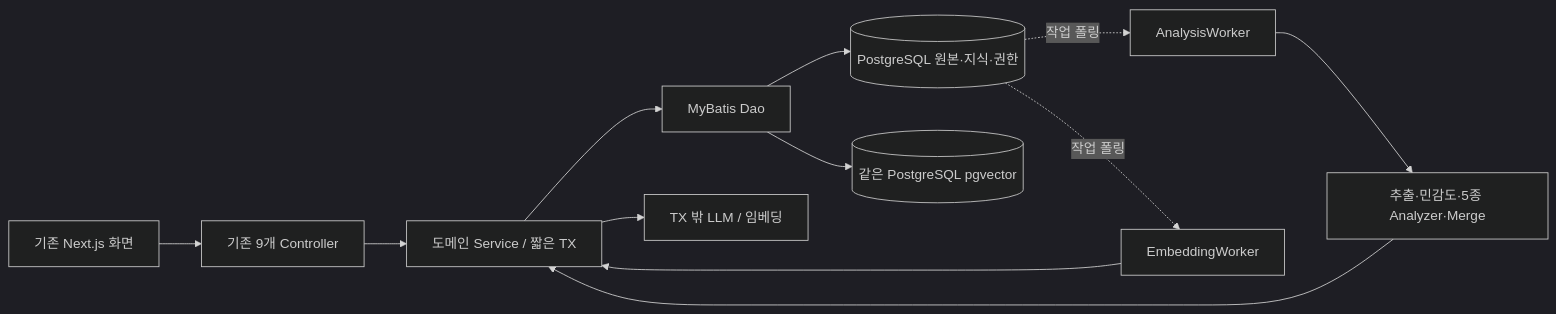
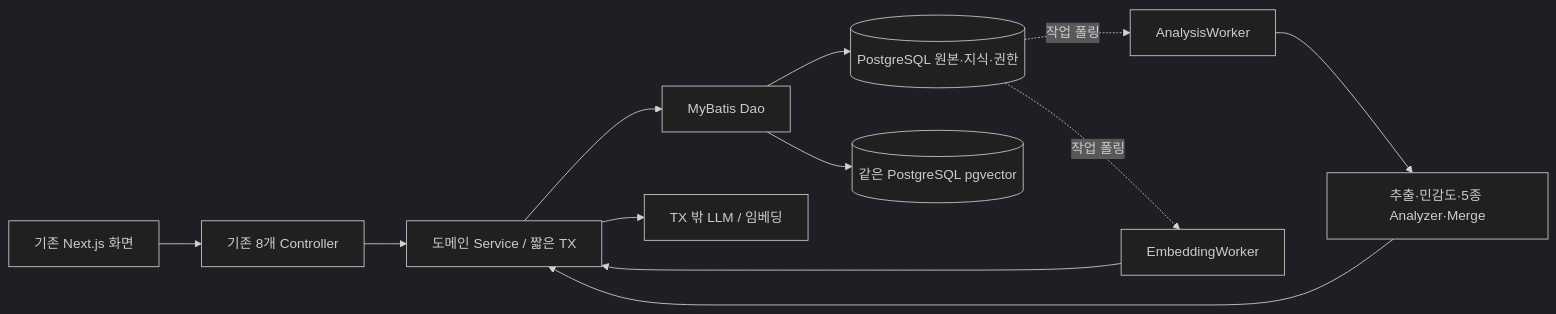
The first of 2 diagrams in backend/design/BACKEND_ARCHITECTURE.md (bonazoey/EVERME), drawn with Mermaid (dark theme) before and after one commit. The commit also changed other lines of this file and 61 other files, not shown here.

````diff
--- a/backend/design/BACKEND_ARCHITECTURE.md
+++ b/backend/design/BACKEND_ARCHITECTURE.md
@@ -16,14 +16,14 @@
 ```mermaid
 flowchart LR
-    UI[기존 Next.js 화면] --> C[기존 9개 Controller]
+    UI[기존 Next.js 화면] --> C[기존 8개 Controller]
     C --> S[도메인 Service / 짧은 TX]
     S --> D[MyBatis Dao]
     D --> PG[(PostgreSQL 원본·지식·권한)]
     D --> V[(같은 PostgreSQL pgvector)]
     S --> L[TX 밖 LLM / 임베딩]
     AW[AnalysisWorker] --> A[추출·민감도·5종 Analyzer·Merge]
     A --> S
     EW[EmbeddingWorker] --> S
     PG -. 작업 폴링 .-> AW
     PG -. 작업 폴링 .-> EW
 ```
````
